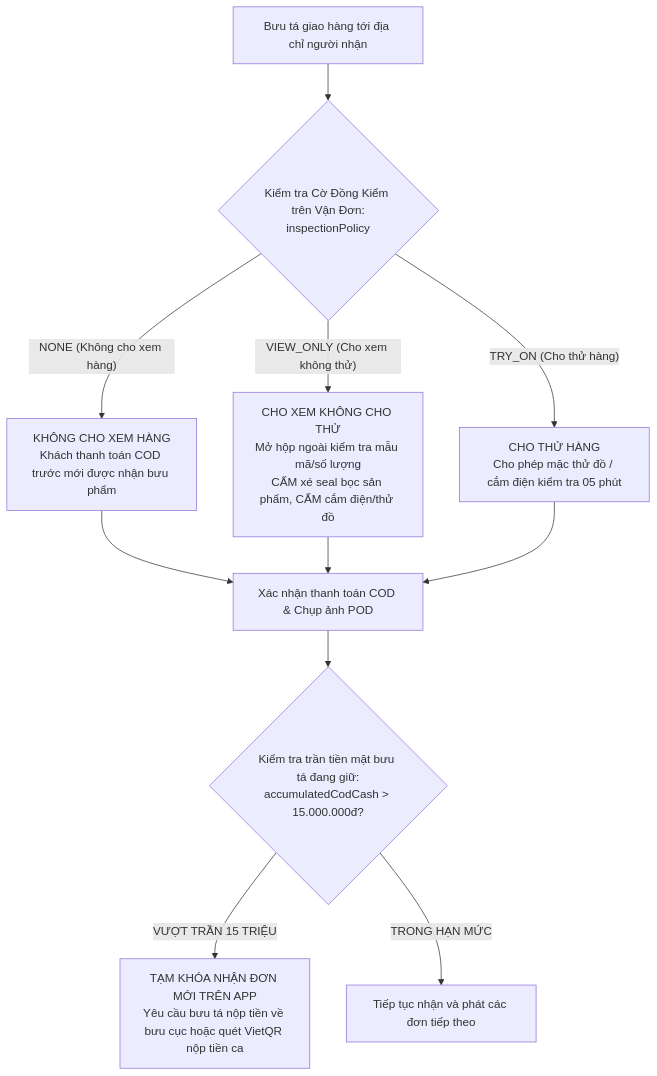
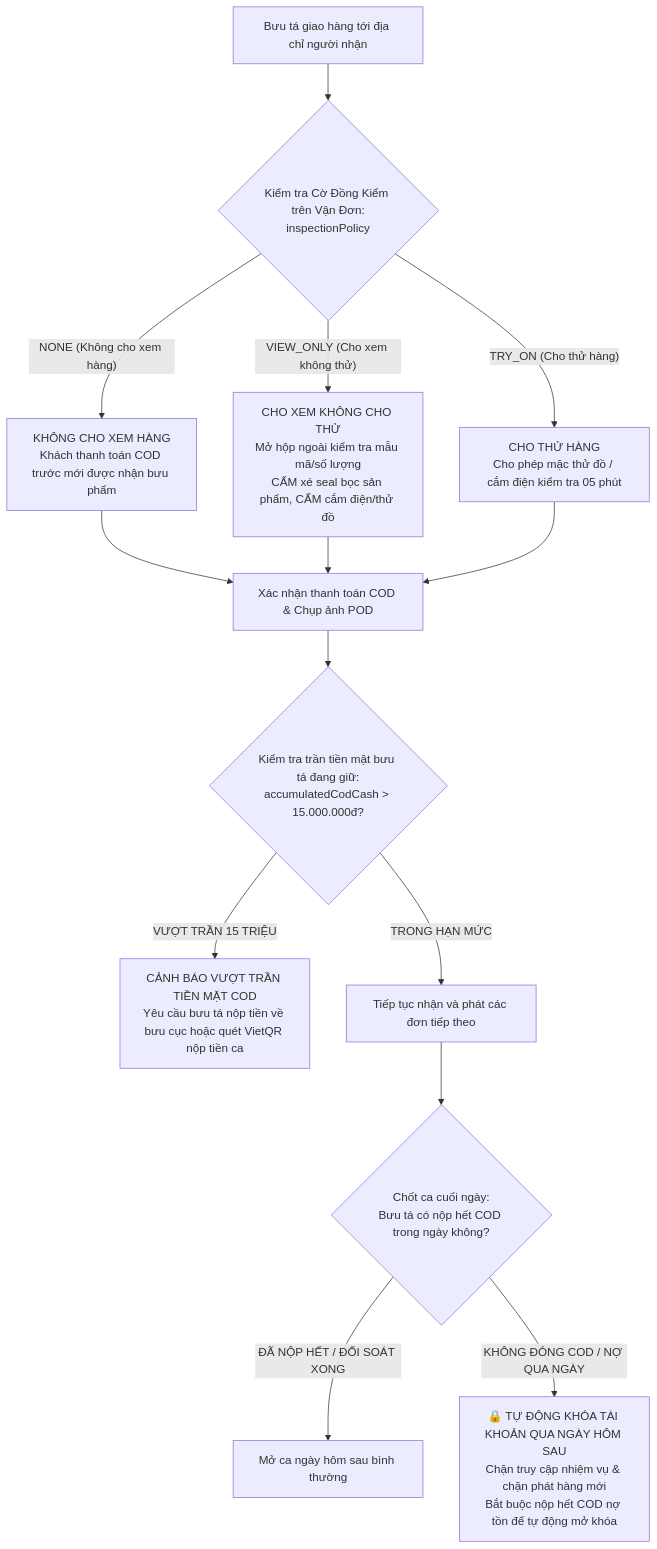
One commit to VoVanTuTai/logistics-management-system changed diagram 14 of 21 in README.md. Above: the diagram before and after it, drawn with Mermaid. The commit also changed other lines of this file and 3 other files, not shown here.

First line of the commit message:
feat(courier): enforce next-day account lock when COD is not closed at end of day

````diff
--- a/README.md
+++ b/README.md
@@ -659,16 +659,20 @@
 ```mermaid
 flowchart TD
     ARRIVE["Bưu tá giao hàng tới địa chỉ người nhận"] --> CHECK_FLAG{"Kiểm tra Cờ Đồng Kiểm trên Vận Đơn:<br/>inspectionPolicy"}
     
     CHECK_FLAG -->|"NONE (Không cho xem hàng)"| P_NONE["KHÔNG CHO XEM HÀNG<br/>Khách thanh toán COD trước mới được nhận bưu phẩm"]
     CHECK_FLAG -->|"VIEW_ONLY (Cho xem không thử)"| P_VIEW["CHO XEM KHÔNG CHO THỬ<br/>Mở hộp ngoài kiểm tra mẫu mã/số lượng<br/>CẤM xé seal bọc sản phẩm, CẤM cắm điện/thử đồ"]
     CHECK_FLAG -->|"TRY_ON (Cho thử hàng)"| P_TRY["CHO THỬ HÀNG<br/>Cho phép mặc thử đồ / cắm điện kiểm tra 05 phút"]
 
     P_NONE --> COLLECT_PAY["Xác nhận thanh toán COD & Chụp ảnh POD"]
     P_VIEW --> COLLECT_PAY
     P_TRY --> COLLECT_PAY
 
     COLLECT_PAY --> CHECK_CASH{"Kiểm tra trần tiền mặt bưu tá đang giữ:<br/>accumulatedCodCash > 15.000.000đ?"}
-    CHECK_CASH -- "VƯỢT TRẦN 15 TRIỆU" --> LOCK_TASK["TẠM KHÓA NHẬN ĐƠN MỚI TRÊN APP<br/>Yêu cầu bưu tá nộp tiền về bưu cục hoặc quét VietQR nộp tiền ca"]
+    CHECK_CASH -- "VƯỢT TRẦN 15 TRIỆU" --> LOCK_TASK["CẢNH BÁO VƯỢT TRẦN TIỀN MẶT COD<br/>Yêu cầu bưu tá nộp tiền về bưu cục hoặc quét VietQR nộp tiền ca"]
     CHECK_CASH -- "TRONG HẠN MỨC" --> CONTINUE_TASK["Tiếp tục nhận và phát các đơn tiếp theo"]
+
+    CONTINUE_TASK --> END_SHIFT{"Chốt ca cuối ngày:<br/>Bưu tá có nộp hết COD trong ngày không?"}
+    END_SHIFT -- "ĐÃ NỘP HẾT / ĐỐI SOÁT XONG" --> NEXT_DAY_OK["Mở ca ngày hôm sau bình thường"]
+    END_SHIFT -- "KHÔNG ĐÓNG COD / NỢ QUA NGÀY" --> LOCK_NEXT_DAY["🔒 TỰ ĐỘNG KHÓA TÀI KHOẢN QUA NGÀY HÔM SAU<br/>Chặn truy cập nhiệm vụ & chặn phát hàng mới<br/>Bắt buộc nộp hết COD nợ tồn để tự động mở khóa"]
 ```
````
